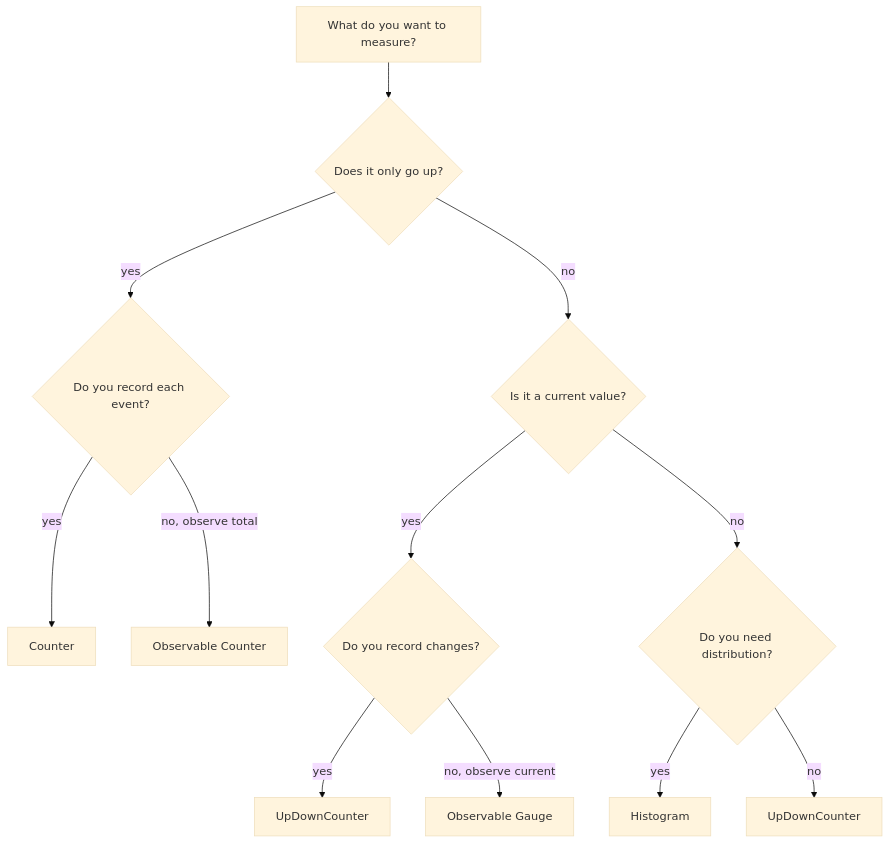
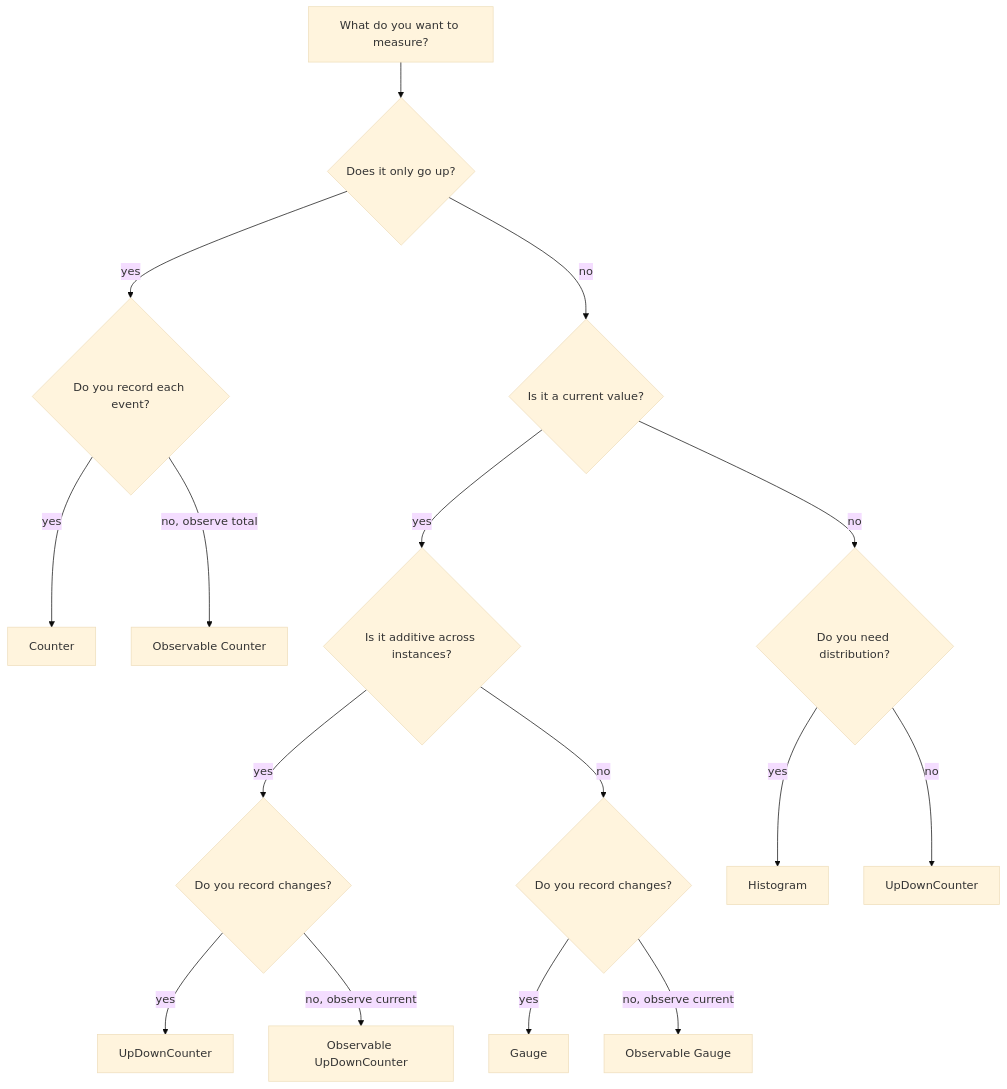
Before and after one commit to OneUptime/blog: the second of 3 diagrams in posts/2026-02-20-opentelemetry-metrics-guide/README.md, drawn with Mermaid (base theme). The commit also changed other lines of this file and 2 other files, not shown here.

````diff
--- a/posts/2026-02-20-opentelemetry-metrics-guide/README.md
+++ b/posts/2026-02-20-opentelemetry-metrics-guide/README.md
@@ -45,14 +46,18 @@
 ```mermaid
 flowchart TD
     A[What do you want to measure?] --> B{Does it only go up?}
     B -->|yes| C{Do you record each event?}
     C -->|yes| D[Counter]
     C -->|no, observe total| E[Observable Counter]
     B -->|no| F{Is it a current value?}
-    F -->|yes| G{Do you record changes?}
-    G -->|yes| H[UpDownCounter]
-    G -->|no, observe current| I[Observable Gauge]
+    F -->|yes| G{Is it additive across instances?}
+    G -->|yes| O{Do you record changes?}
+    O -->|yes| H[UpDownCounter]
+    O -->|no, observe current| P[Observable UpDownCounter]
+    G -->|no| M{Do you record changes?}
+    M -->|yes| N[Gauge]
+    M -->|no, observe current| I[Observable Gauge]
     F -->|no| J{Do you need distribution?}
     J -->|yes| K[Histogram]
     J -->|no| L[UpDownCounter]
 ```
````
